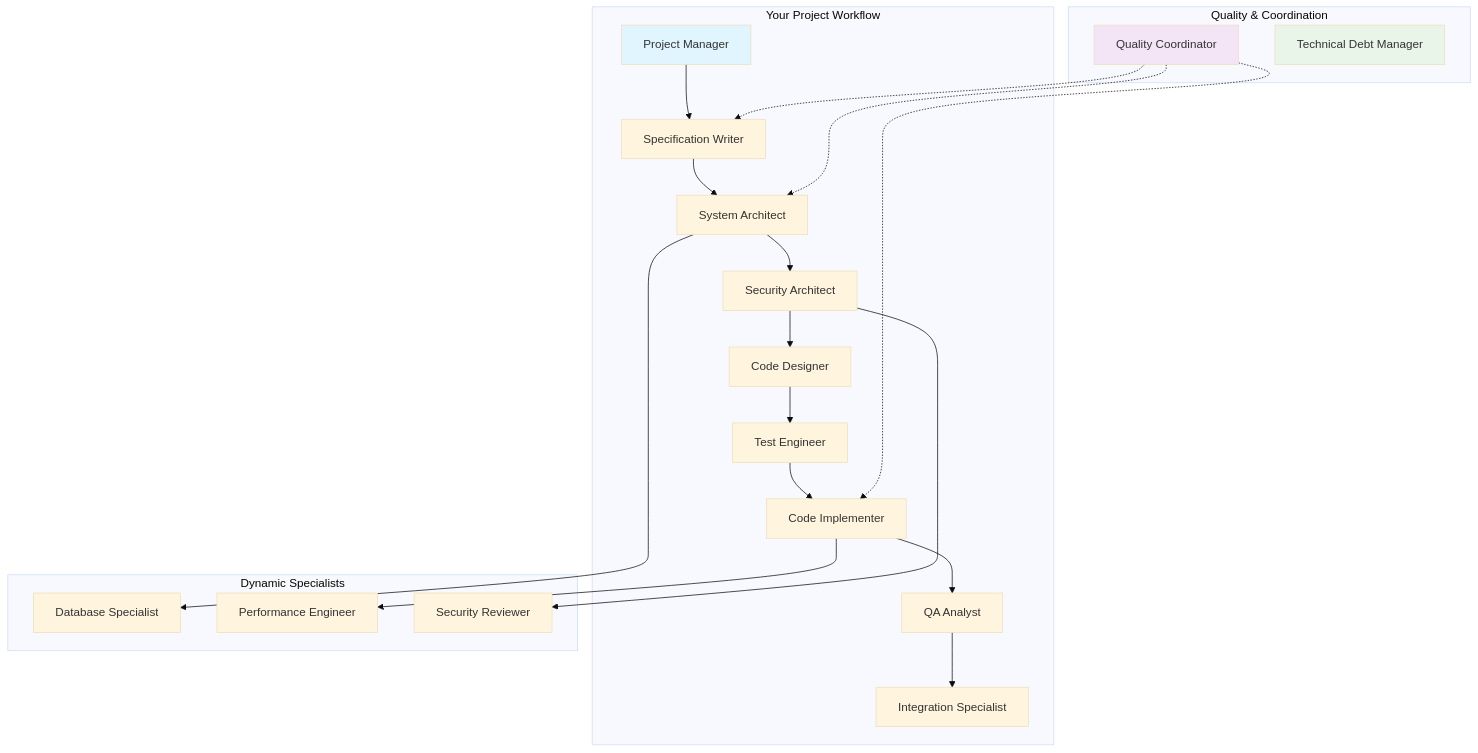
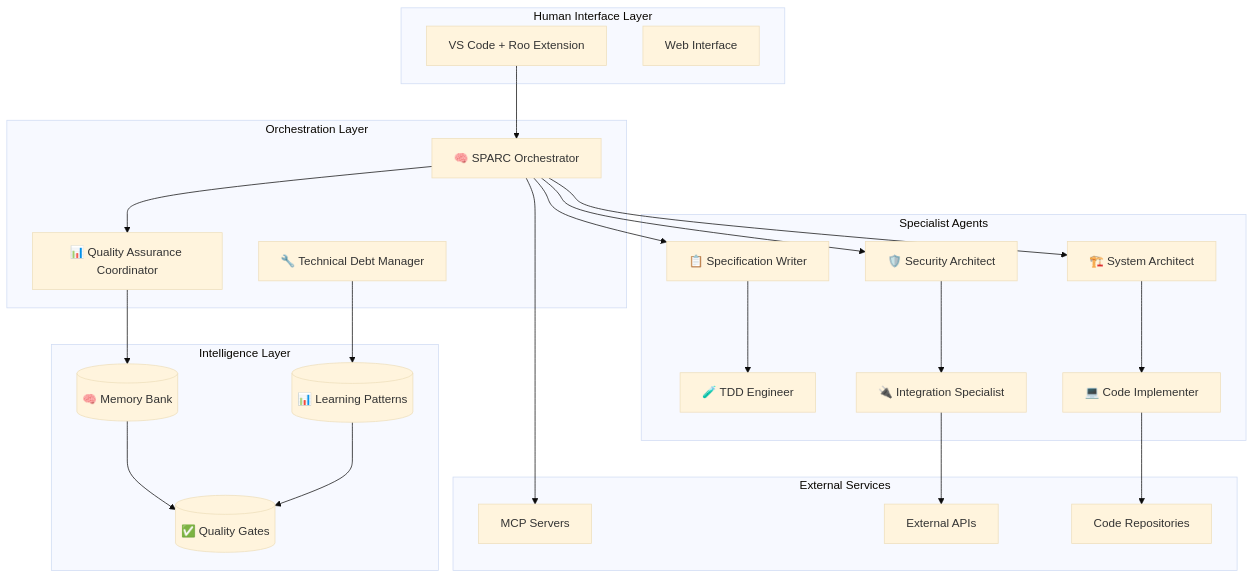
The first of 8 diagrams in README.md (JackSmack1971/roo-autonomous-ai-development-framework), drawn with Mermaid (base theme) before and after one commit. The commit also changed other lines of this file, not shown here.

````diff
--- a/README.md
+++ b/README.md
@@ -90,35 +45,54 @@
 ```mermaid
 graph TB
-    subgraph "Your Project Workflow"
-        PM[Project Manager] --> SW[Specification Writer]
-        SW --> A[System Architect]
-        A --> SA[Security Architect]
-        SA --> CD[Code Designer]
-        CD --> TDD[Test Engineer]
-        TDD --> CI[Code Implementer]
-        CI --> QA[QA Analyst]
-        QA --> INT[Integration Specialist]
+    subgraph "Human Interface Layer"
+        VSCode[VS Code + Roo Extension]
+        WebUI[Web Interface]
     end
     
-    subgraph "Quality & Coordination"
-        QC[Quality Coordinator]
-        TDM[Technical Debt Manager]
+    subgraph "Orchestration Layer"
+        Orchestrator[🧠 SPARC Orchestrator]
+        QACoord[📊 Quality Assurance Coordinator]
+        TechDebt[🔧 Technical Debt Manager]
     end
     
-    subgraph "Dynamic Specialists"
-        DS[Database Specialist]
-        PE[Performance Engineer]
-        SEC[Security Reviewer]
+    subgraph "Specialist Agents"
+        SpecWriter[📋 Specification Writer]
+        Architect[🏗️ System Architect]
+        Security[🛡️ Security Architect]
+        TDD[🧪 TDD Engineer]
+        CodeImpl[💻 Code Implementer]
+        Integration[🔌 Integration Specialist]
     end
     
-    QC -.-> SW
-    QC -.-> A
-    QC -.-> CI
-    A --> DS
-    CI --> PE
-    SA --> SEC
+    subgraph "Intelligence Layer"
+        MemoryBank[(🧠 Memory Bank)]
+        Patterns[(📊 Learning Patterns)]
+        QualityGates[(✅ Quality Gates)]
+    end
     
-    style PM fill:#e1f5fe
-    style QC fill:#f3e5f5
-    style TDM fill:#e8f5e8
+    subgraph "External Services"
+        MCP[MCP Servers]
+        APIs[External APIs]
+        Repos[Code Repositories]
+    end
+    
+    VSCode --> Orchestrator
+    Orchestrator --> SpecWriter
+    Orchestrator --> Architect
+    Orchestrator --> Security
+    Orchestrator --> QACoord
+    
+    SpecWriter --> TDD
+    Architect --> CodeImpl
+    Security --> Integration
+    
+    QACoord --> MemoryBank
+    TechDebt --> Patterns
+    
+    Orchestrator --> MCP
+    Integration --> APIs
+    CodeImpl --> Repos
+    
+    MemoryBank --> QualityGates
+    Patterns --> QualityGates
 ```
````
